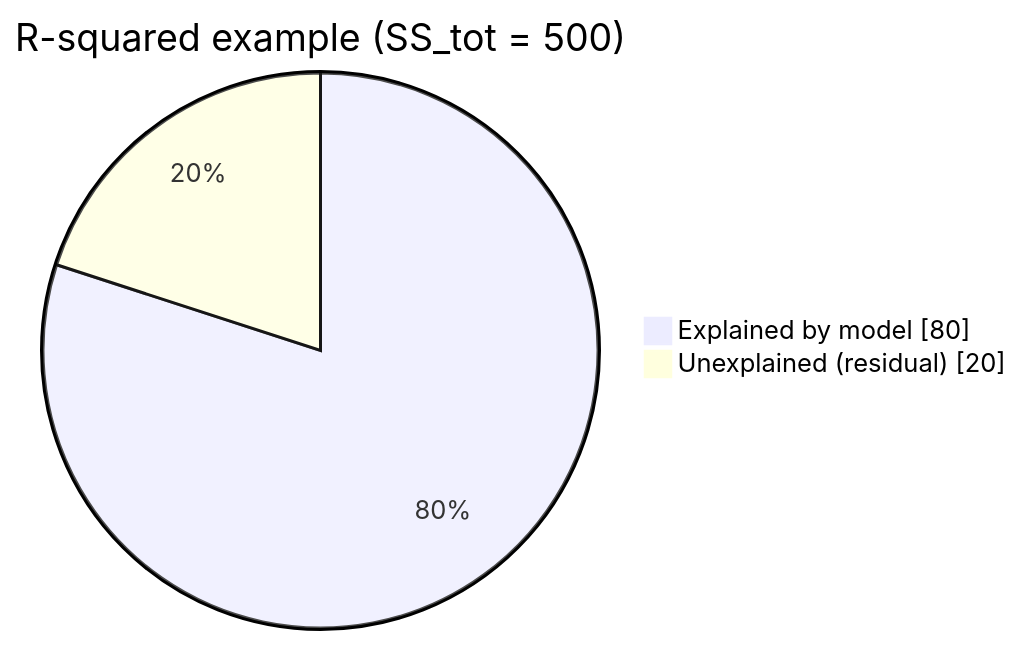
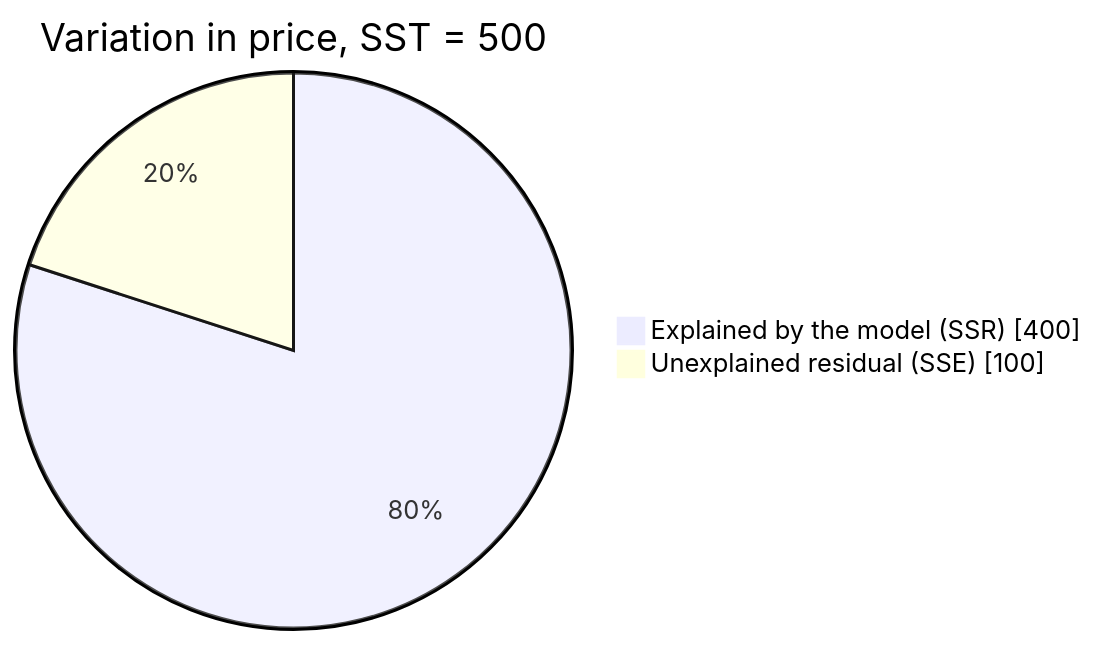
The eighth of 10 diagrams in semester-1/05-supervised-ml-regression/notes/02-linear-regression.md (mhd-riaz/data-scientist-roadmap), drawn with Mermaid before and after one commit. The commit also changed other lines of this file and 5 other files, not shown here.

````diff
--- a/semester-1/05-supervised-ml-regression/notes/02-linear-regression.md
+++ b/semester-1/05-supervised-ml-regression/notes/02-linear-regression.md
@@ -177,6 +397,6 @@
 ```mermaid
 pie showData
-    title R-squared example (SS_tot = 500)
-    "Explained by model" : 80
-    "Unexplained (residual)" : 20
+    title Variation in price, SST = 500
+    "Explained by the model (SSR)" : 400
+    "Unexplained residual (SSE)" : 100
 ```
````
